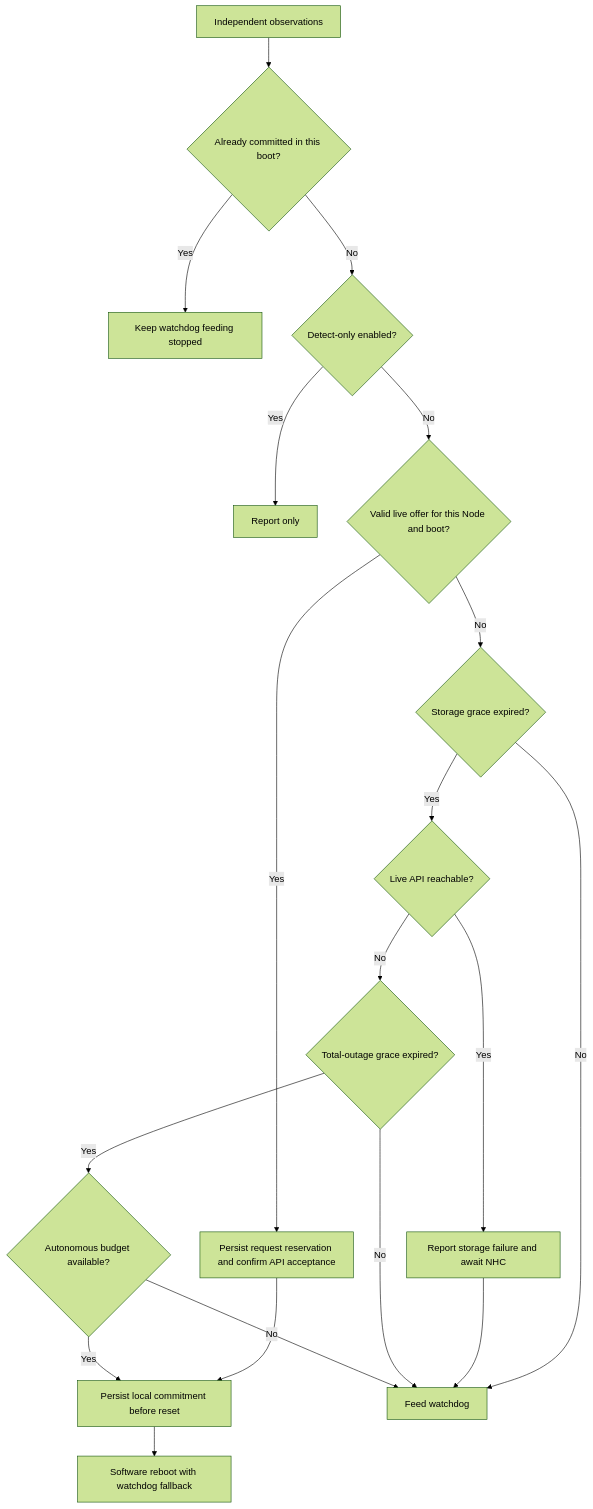
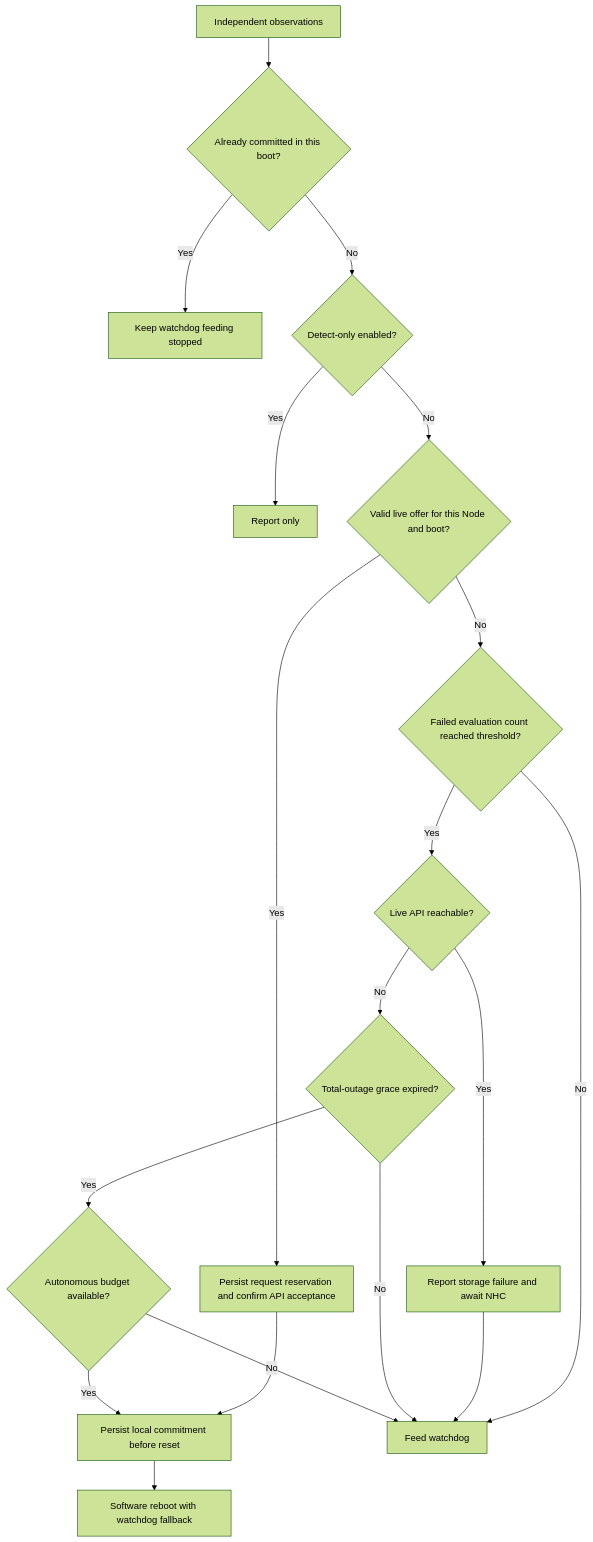
Before and after one commit to medik8s/storage-based-remediation: the second of 3 diagrams in docs/design/storage-arbitrated-remediation.md, drawn with Mermaid (forest theme). The commit also changed other lines of this file, not shown here.

````diff
--- a/docs/design/storage-arbitrated-remediation.md
+++ b/docs/design/storage-arbitrated-remediation.md
@@ -482,21 +549,21 @@
 ```mermaid
 flowchart TD
   Tick["Independent observations"] --> Committed{"Already committed in this boot?"}
   Committed -->|Yes| Finish["Keep watchdog feeding stopped"]
   Committed -->|No| Detect{"Detect-only enabled?"}
   Detect -->|Yes| Observe["Report only"]
   Detect -->|No| Request{"Valid live offer for this Node and boot?"}
   Request -->|Yes| Accept["Persist request reservation and confirm API acceptance"]
   Accept --> Commit["Persist local commitment before reset"]
-  Request -->|No| Storage{"Storage grace expired?"}
+  Request -->|No| Storage{"Failed evaluation count reached threshold?"}
   Storage -->|No| Feed["Feed watchdog"]
   Storage -->|Yes| API{"Live API reachable?"}
   API -->|Yes| Wait["Report storage failure and await NHC"]
   Wait --> Feed
   API -->|No| Grace{"Total-outage grace expired?"}
   Grace -->|No| Feed
   Grace -->|Yes| Budget{"Autonomous budget available?"}
   Budget -->|No| Feed
   Budget -->|Yes| Commit
   Commit --> Reset["Software reboot with watchdog fallback"]
 ```
````
